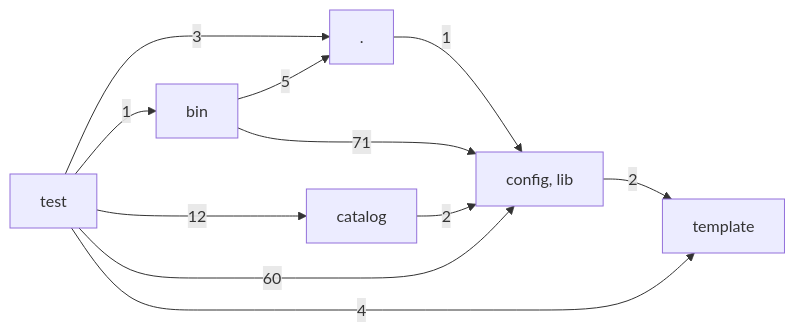
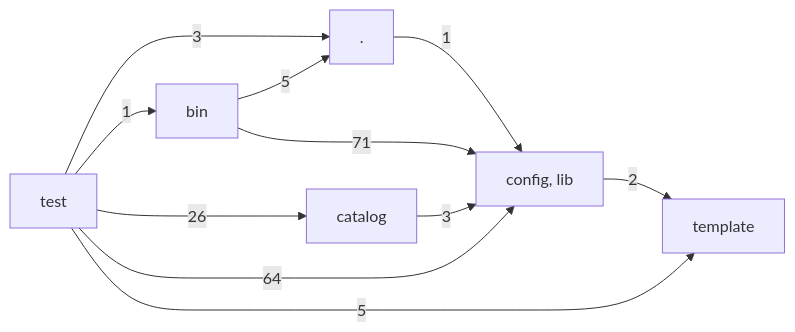
One commit to hackersandwizards/scaffolding changed the diagram in docs/architecture/layers.md. Above: the diagram before and after it, drawn with Mermaid. The commit also changed 37 other files, not shown here.

````diff
--- a/docs/architecture/layers.md
+++ b/docs/architecture/layers.md
@@ -3,19 +3,19 @@
 ```mermaid
 graph LR
   L0["."]
   L1["bin"]
   L2["catalog"]
   L3["config, lib"]
   L4["template"]
   L5["test"]
   L0 -->|1| L3
   L1 -->|5| L0
   L1 -->|71| L3
-  L2 -->|2| L3
+  L2 -->|3| L3
   L3 -->|2| L4
   L5 -->|3| L0
   L5 -->|1| L1
-  L5 -->|12| L2
-  L5 -->|60| L3
-  L5 -->|4| L4
+  L5 -->|26| L2
+  L5 -->|64| L3
+  L5 -->|5| L4
 ```
````
